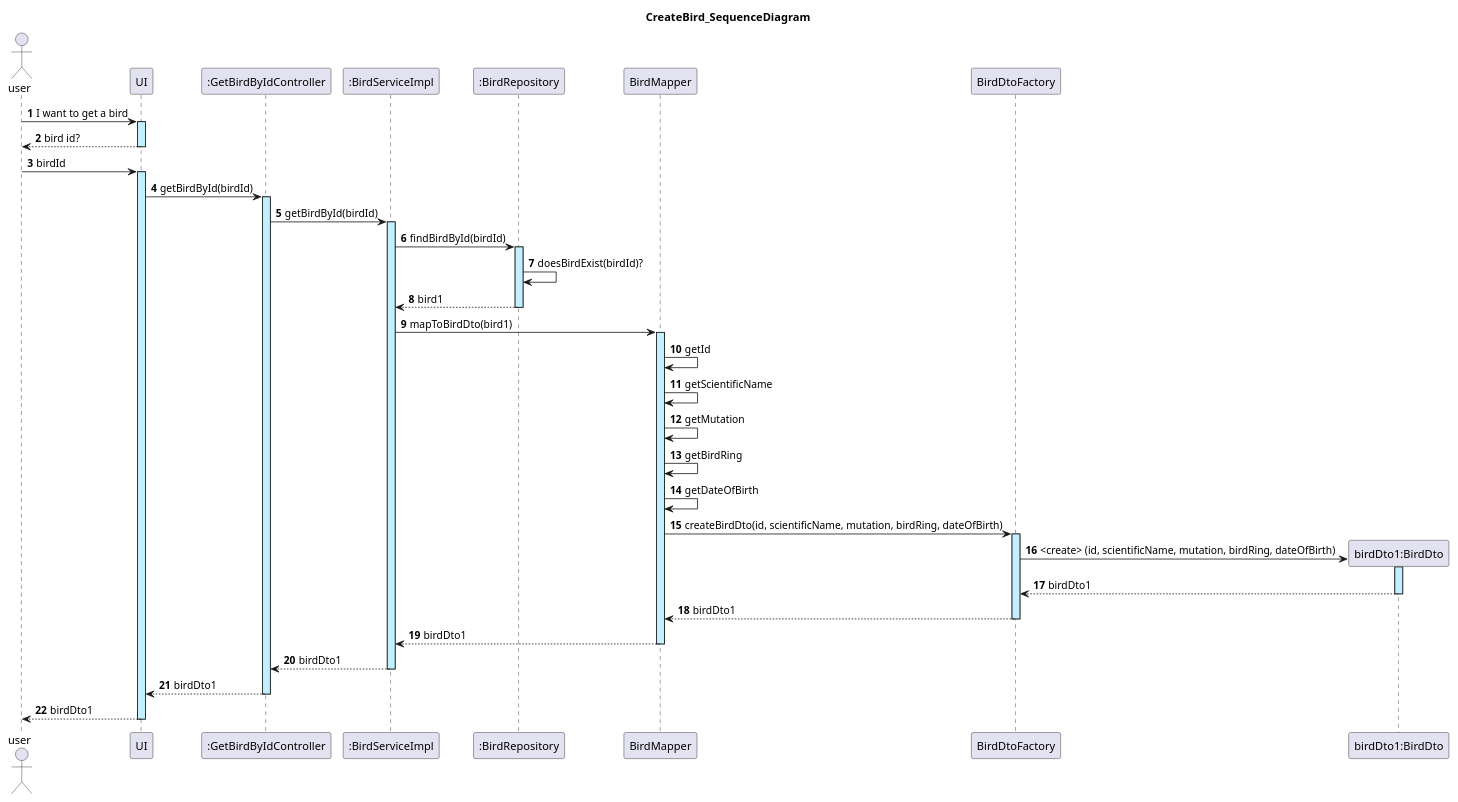
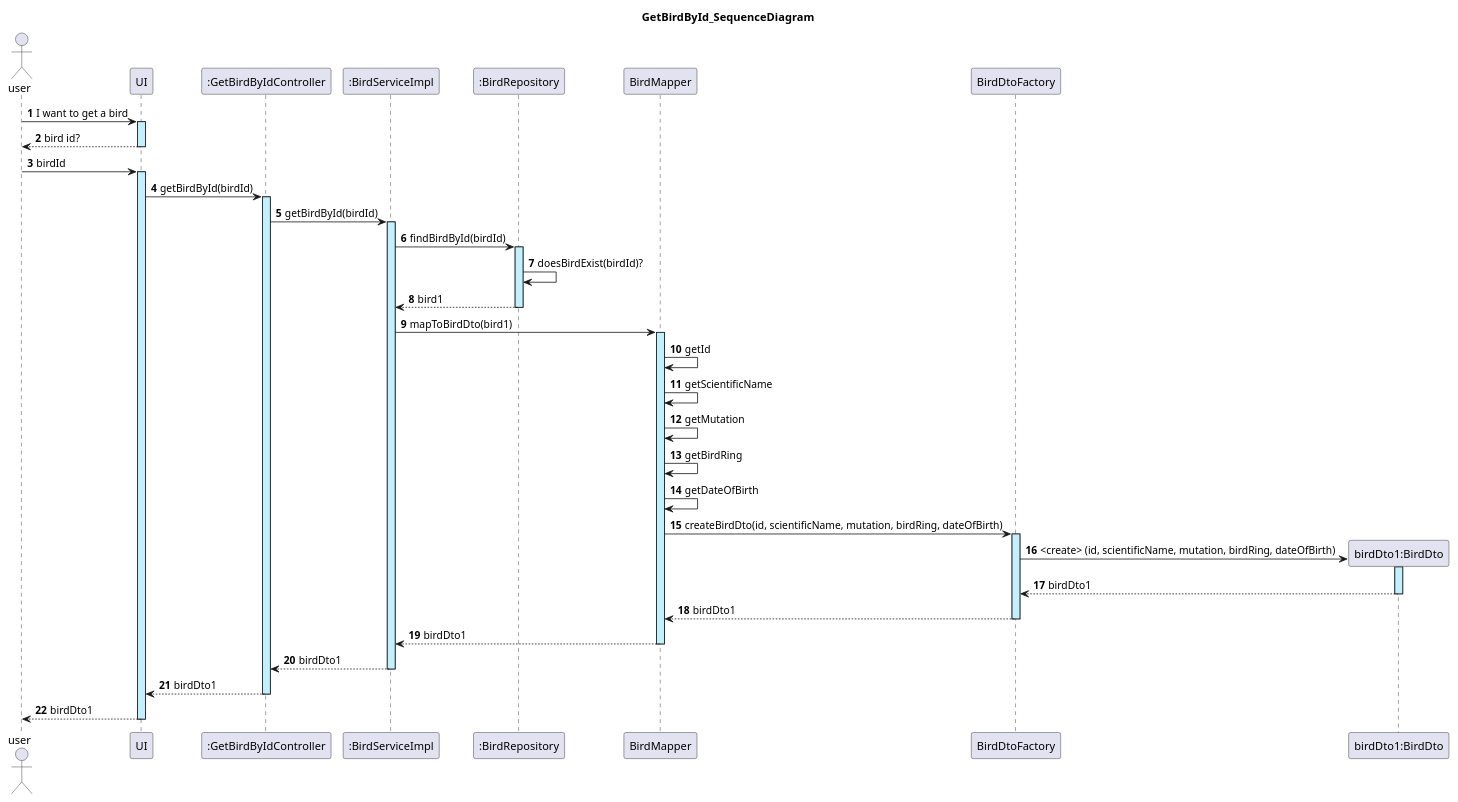
The diagram in docs/getBirdById/GetBirdById_SequenceDiagram.puml (rubenrocha26/bms-backend), drawn with PlantUML before and after one commit. The commit also changed 2 other files, not shown here.

```diff
--- a/docs/getBirdById/GetBirdById_SequenceDiagram.puml
+++ b/docs/getBirdById/GetBirdById_SequenceDiagram.puml
@@ -1,34 +1,34 @@
 @startuml
 actor user
 autonumber
 
-title: CreateBird_SequenceDiagram
+title: GetBirdById_SequenceDiagram
 
 user -> UI ++ #application : I want to get a bird
 UI --> user -- : bird id?
 user -> UI ++ #application : birdId
 UI -> ":GetBirdByIdController" as GetBirdByIdController ++ #application : getBirdById(birdId)
 
 GetBirdByIdController -> ":BirdServiceImpl" as BirdServiceImpl ++ #application : getBirdById(birdId)
 BirdServiceImpl -> ":BirdRepository" as BirdRepository ++ #application : findBirdById(birdId)
 BirdRepository -> BirdRepository : doesBirdExist(birdId)?
 BirdRepository --> BirdServiceImpl -- : bird1
 
 BirdServiceImpl -> BirdMapper ++ #application : mapToBirdDto(bird1)
 BirdMapper -> BirdMapper : getId
 BirdMapper -> BirdMapper : getScientificName
 BirdMapper -> BirdMapper : getMutation
 BirdMapper -> BirdMapper : getBirdRing
 BirdMapper -> BirdMapper : getDateOfBirth
 
 BirdMapper -> "BirdDtoFactory" as BirdDtoFactory ++ #application : createBirdDto(id, scientificName, mutation, birdRing, dateOfBirth)
 create "birdDto1:BirdDto" as BirdDto
 BirdDtoFactory -> BirdDto ++ #application : <create> (id, scientificName, mutation, birdRing, dateOfBirth)
 BirdDto --> BirdDtoFactory -- : birdDto1
 BirdDtoFactory --> BirdMapper -- : birdDto1
 BirdMapper --> BirdServiceImpl -- : birdDto1
 BirdServiceImpl --> GetBirdByIdController -- : birdDto1
 GetBirdByIdController --> UI -- : birdDto1
 UI --> user -- : birdDto1
 
 @enduml
```
